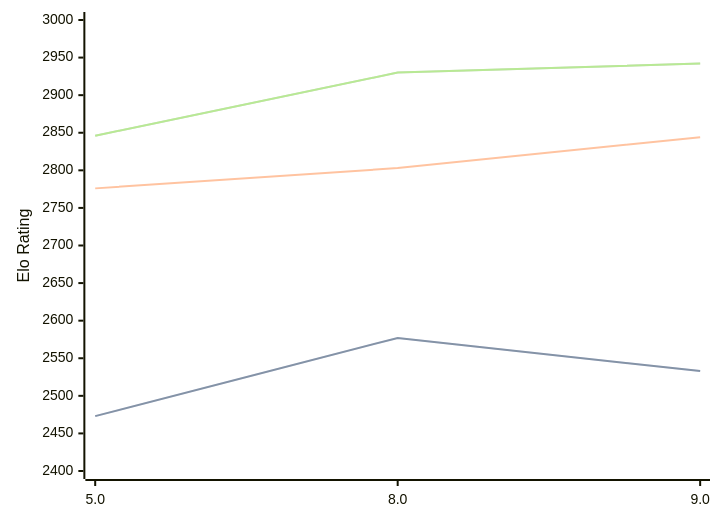
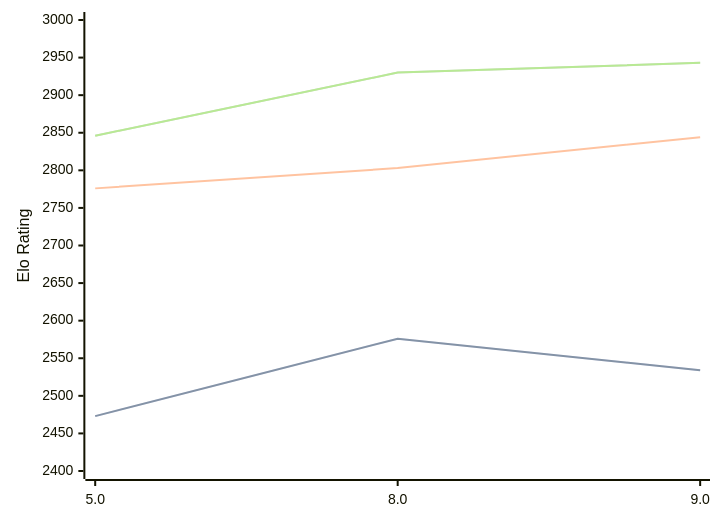
The third of 3 diagrams in engines/4kc.md (computer-chess-index/cci), drawn with Mermaid before and after one commit. The commit also changed other lines of this file, not shown here.

Commit message:
Update CCI Ratings (ELO VLTC) - 2026-06-17

````diff
--- a/engines/4kc.md
+++ b/engines/4kc.md
@@ -75,11 +75,11 @@
 ```mermaid
 %%{init: {"theme":"base","themeVariables":{"seriesColors:['#a3a3a3','#222221','#faa371']}}}%%
 xychart-beta
   x-axis ["5.0", "8.0", "9.0"]
   y-axis "Elo Rating" 2400 --> 3000
-  line "STC (8.0+0.08s)" [2473, 2577, 2533]
-  line "STC (8.0+0.08s)" [2473, 2577, 2533]
+  line "STC (8.0+0.08s)" [2473, 2576, 2534]
+  line "STC (8.0+0.08s)" [2473, 2576, 2534]
   line "LTC (60.0+0.60s)" [2776, 2803, 2844]
-  line "VLTC (2m24s+1.12s)" [2846, 2930, 2942]
-  line "VLTC (2m24s+1.12s)" [2846, 2930, 2942]
+  line "VLTC (2m24s+1.12s)" [2846, 2930, 2943]
+  line "VLTC (2m24s+1.12s)" [2846, 2930, 2943]
 ```
````
